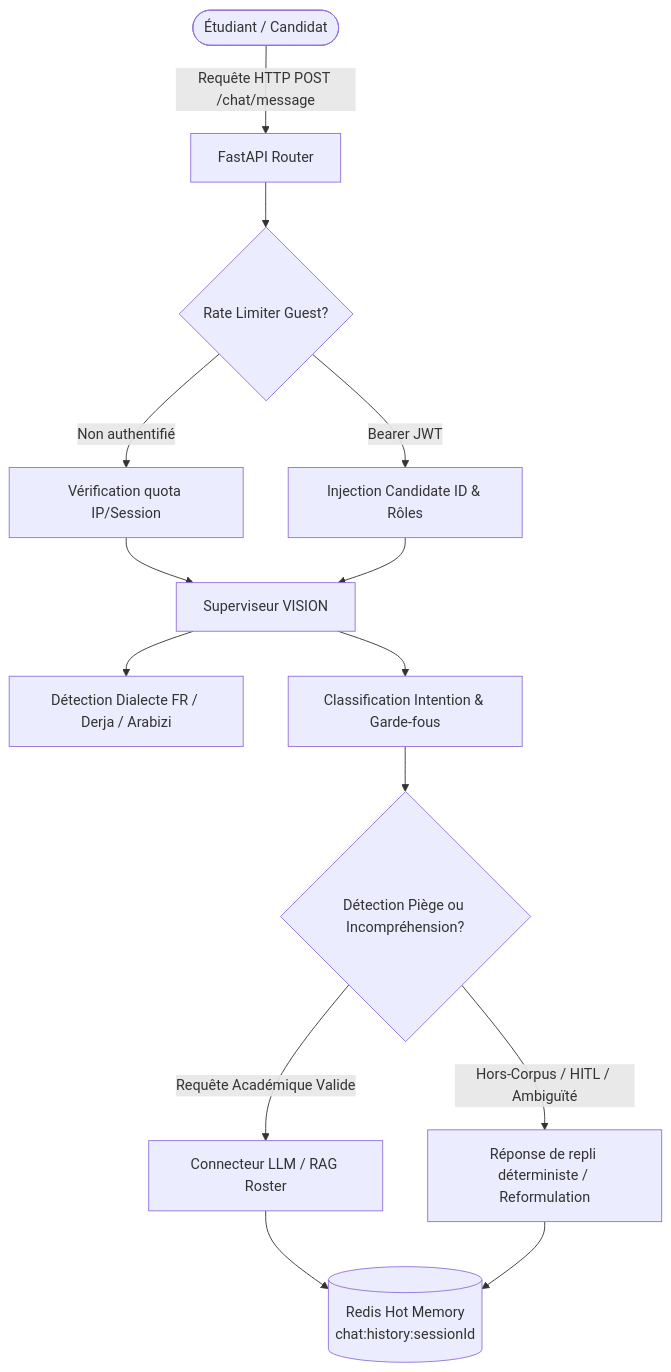
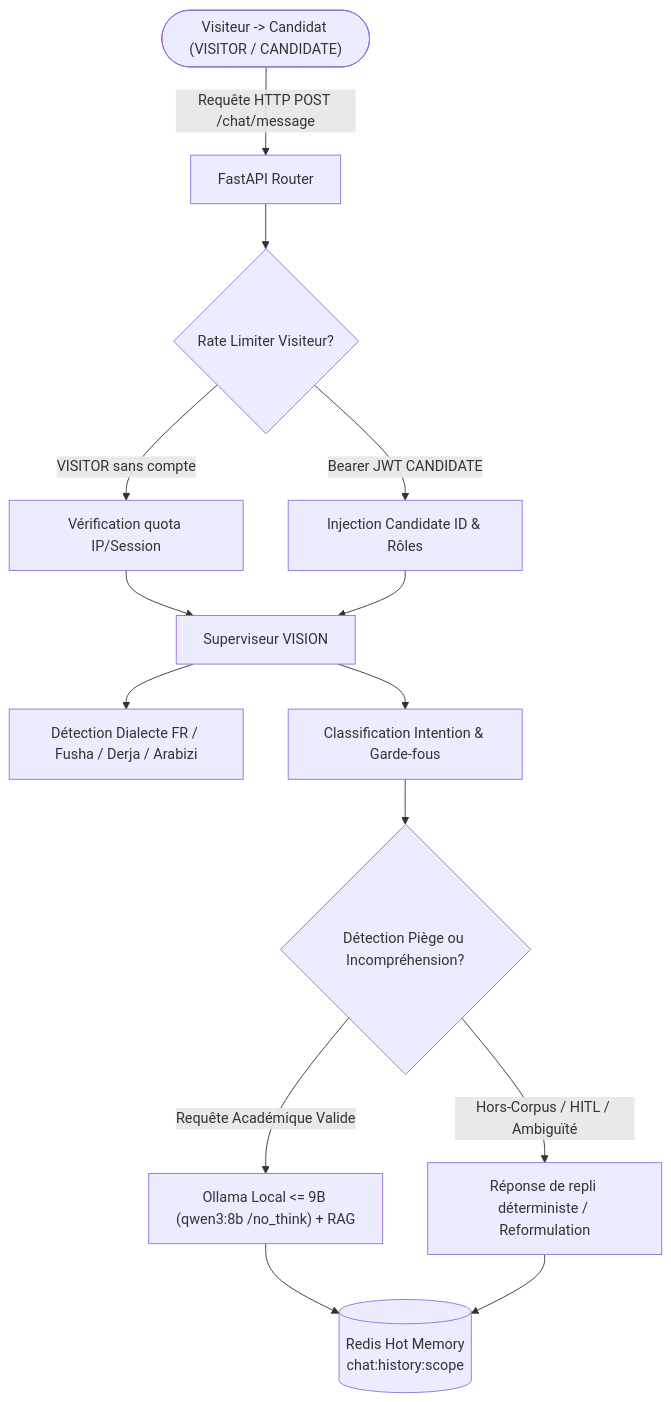
The diagram in architecture/dialogue_e2e_report.md (mahdizouari/SmartCampus_NightAgents), drawn with Mermaid before and after one commit. The commit also changed other lines of this file and 50 other files, not shown here.

Commit message:
fix(alignment): harden candidate anti-IDOR/rate-limit, upgrade Colab notebooks, fix frontend auth, and sync all Sprint 1-2 docs

````diff
--- a/architecture/dialogue_e2e_report.md
+++ b/architecture/dialogue_e2e_report.md
@@ -31,20 +31,20 @@
 ```mermaid
 flowchart TD
-    User([Étudiant / Candidat]) -->|Requête HTTP POST /chat/message| Gateway[FastAPI Router]
-    Gateway --> RL{Rate Limiter Guest?}
-    RL -->|Non authentifié| CheckRL[Vérification quota IP/Session]
-    RL -->|Bearer JWT| AuthContext[Injection Candidate ID & Rôles]
+    User(["Visiteur -> Candidat (VISITOR / CANDIDATE)"]) -->|Requête HTTP POST /chat/message| Gateway[FastAPI Router]
+    Gateway --> RL{Rate Limiter Visiteur?}
+    RL -->|VISITOR sans compte| CheckRL[Vérification quota IP/Session]
+    RL -->|Bearer JWT CANDIDATE| AuthContext[Injection Candidate ID & Rôles]
     
     CheckRL --> Supervisor[Superviseur VISION]
     AuthContext --> Supervisor
 
-    Supervisor --> Dialect[Détection Dialecte FR / Derja / Arabizi]
+    Supervisor --> Dialect[Détection Dialecte FR / Fusha / Derja / Arabizi]
     Supervisor --> Intent[Classification Intention & Garde-fous]
     
     Intent --> GuardrailCheck{Détection Piège ou Incompréhension?}
     GuardrailCheck -->|Hors-Corpus / HITL / Ambiguïté| SafeFallback[Réponse de repli déterministe / Reformulation]
-    GuardrailCheck -->|Requête Académique Valide| LLMOrchestrator[Connecteur LLM / RAG Roster]
+    GuardrailCheck -->|Requête Académique Valide| LLMOrchestrator["Ollama Local <= 9B (qwen3:8b /no_think) + RAG"]
 
-    LLMOrchestrator --> RedisMem[(Redis Hot Memory\nchat:history:sessionId)]
+    LLMOrchestrator --> RedisMem[(Redis Hot Memory\nchat:history:scope)]
     SafeFallback --> RedisMem
 ```
````
